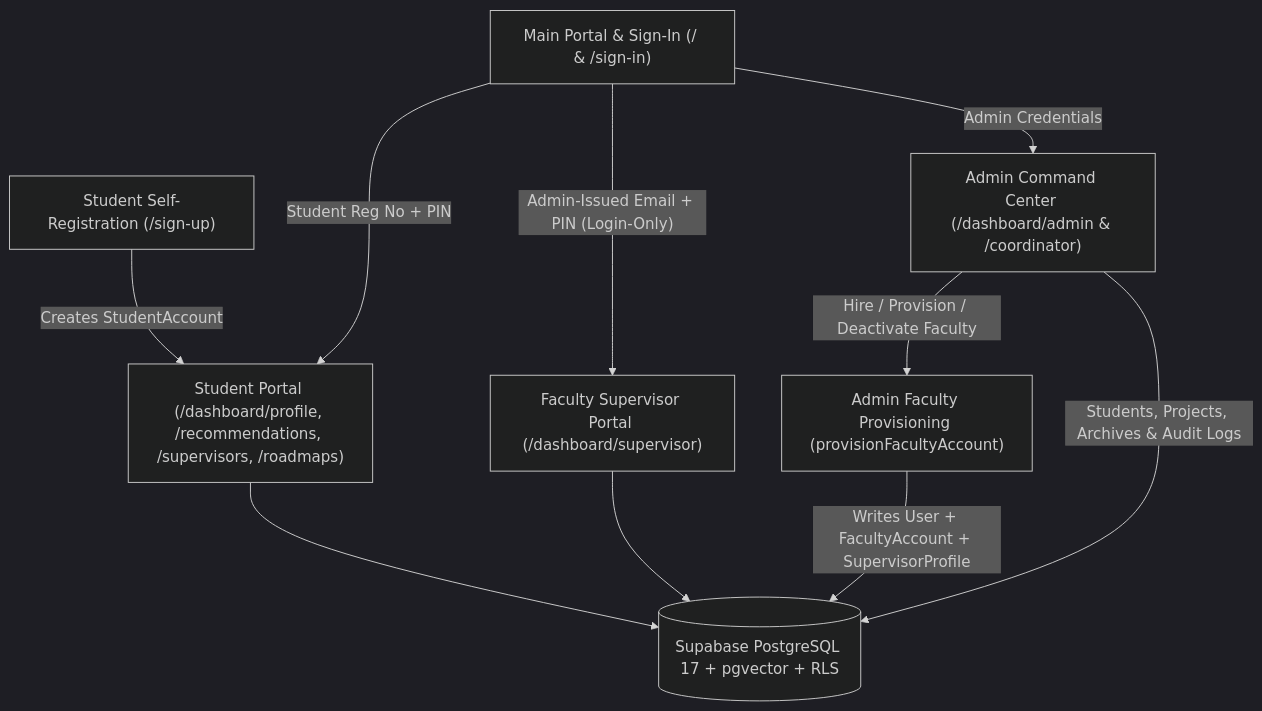
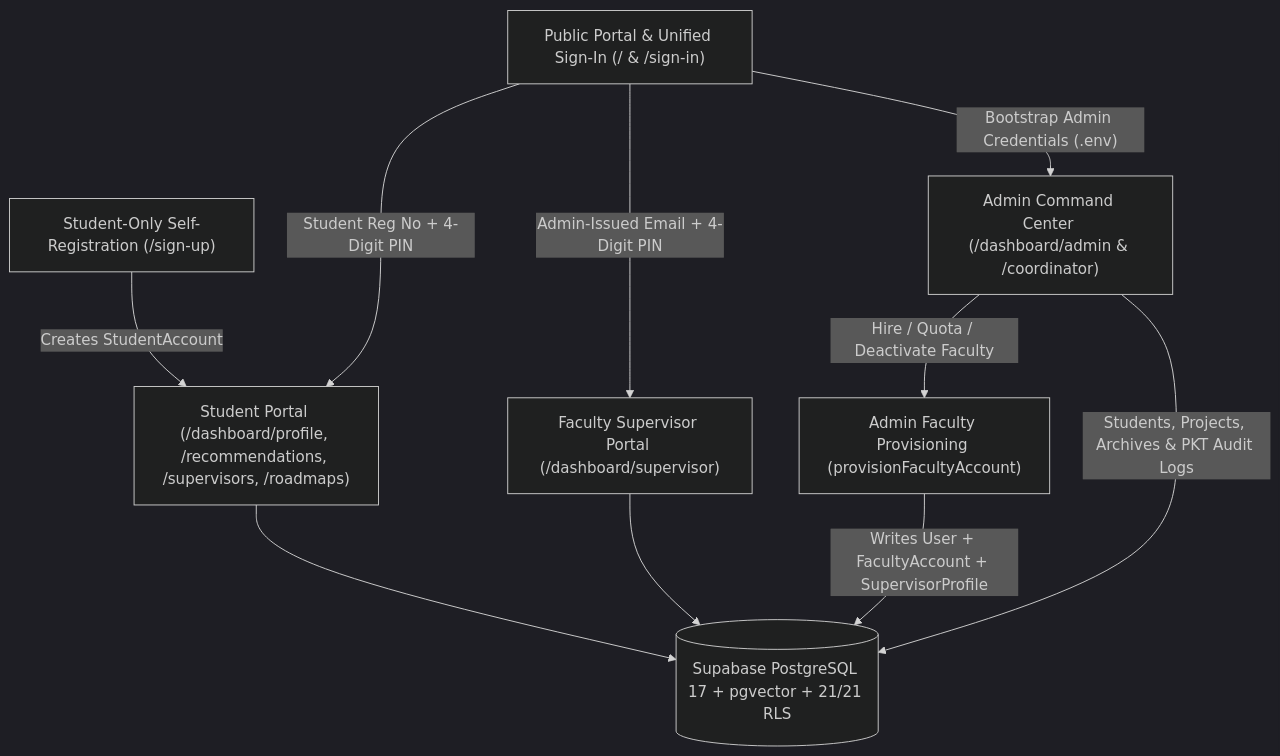
One commit to AbdullahJan-007/projectcompass changed the diagram in README.md. Above: the diagram before and after it, drawn with Mermaid (dark theme). The commit also changed other lines of this file and 16 other files, not shown here.

First line of the commit message:
chore(repo): remove obsolete files and update all docs to v2.0 architecture

````diff
--- a/README.md
+++ b/README.md
@@ -19,18 +26,18 @@
 ```mermaid
 flowchart TD
-    Landing["Main Portal & Sign-In (/ & /sign-in)"]
-    StudentSignUp["Student Self-Registration (/sign-up)"]
+    Landing["Public Portal & Unified Sign-In (/ & /sign-in)"]
+    StudentSignUp["Student-Only Self-Registration (/sign-up)"]
     AdminHire["Admin Faculty Provisioning (provisionFacultyAccount)"]
 
-    Landing -->|"Student Reg No + PIN"| Student["Student Portal (/dashboard/profile, /recommendations, /supervisors, /roadmaps)"]
+    Landing -->|"Student Reg No + 4-Digit PIN"| Student["Student Portal (/dashboard/profile, /recommendations, /supervisors, /roadmaps)"]
     StudentSignUp -->|"Creates StudentAccount"| Student
 
-    Landing -->|"Admin-Issued Email + PIN (Login-Only)"| Faculty["Faculty Supervisor Portal (/dashboard/supervisor)"]
-    Landing -->|"Admin Credentials"| Admin["Admin Command Center (/dashboard/admin & /coordinator)"]
+    Landing -->|"Admin-Issued Email + 4-Digit PIN"| Faculty["Faculty Supervisor Portal (/dashboard/supervisor)"]
+    Landing -->|"Bootstrap Admin Credentials (.env)"| Admin["Admin Command Center (/dashboard/admin & /coordinator)"]
 
-    Admin -->|"Hire / Provision / Deactivate Faculty"| AdminHire
-    AdminHire -->|"Writes User + FacultyAccount + SupervisorProfile"| DB[("Supabase PostgreSQL 17 + pgvector + RLS")]
+    Admin -->|"Hire / Quota / Deactivate Faculty"| AdminHire
+    AdminHire -->|"Writes User + FacultyAccount + SupervisorProfile"| DB[("Supabase PostgreSQL 17 + pgvector + 21/21 RLS")]
     Student --> DB
     Faculty --> DB
-    Admin -->|"Students, Projects, Archives & Audit Logs"| DB
+    Admin -->|"Students, Projects, Archives & PKT Audit Logs"| DB
 ```
````
